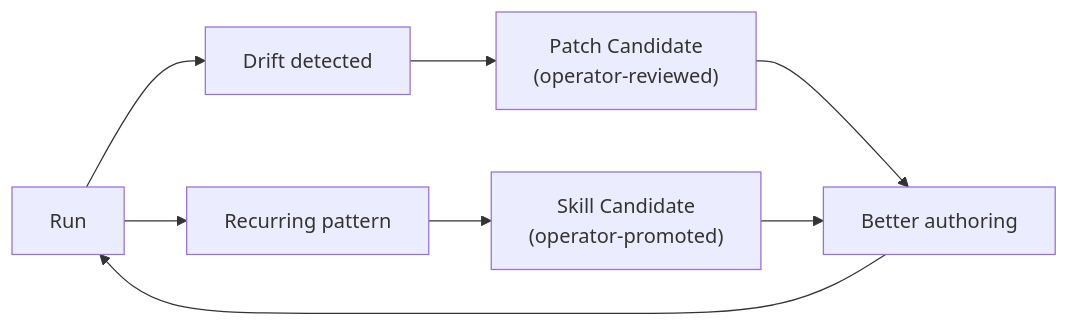
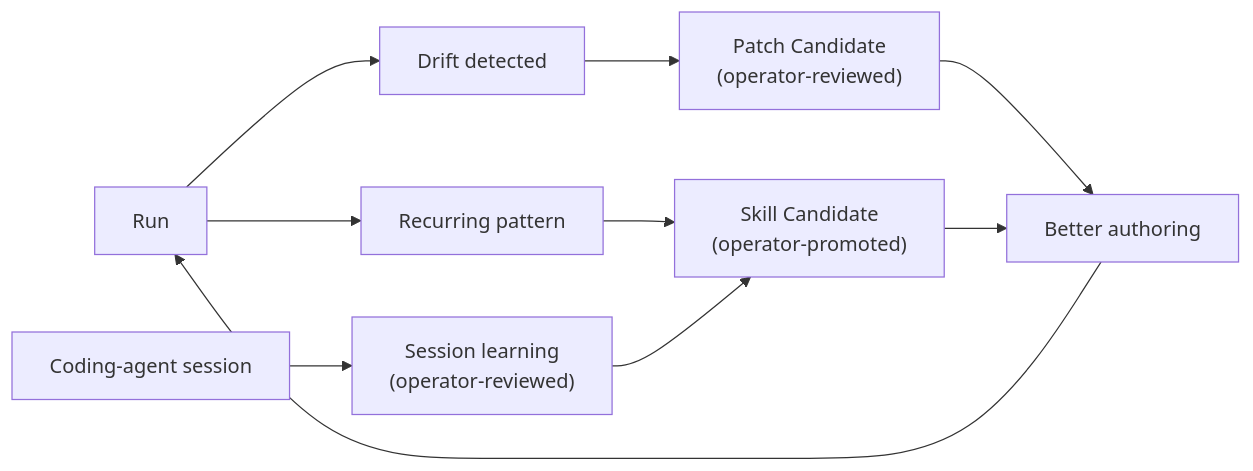
The second of 2 diagrams in docs/concepts/knowledge-and-skills.md (MikeBild/subkit), drawn with Mermaid before and after one commit. The commit also changed other lines of this file and 40 other files, not shown here.

````diff
--- a/docs/concepts/knowledge-and-skills.md
+++ b/docs/concepts/knowledge-and-skills.md
@@ -120,10 +120,12 @@
 ```mermaid
 flowchart LR
     Run["Run"] --> Drift["Drift detected"]
     Drift --> Patch["Patch Candidate<br/>(operator-reviewed)"]
     Run --> Pattern["Recurring pattern"]
     Pattern --> SkillC["Skill Candidate<br/>(operator-promoted)"]
+    Session["Coding-agent session"] --> Learning["Session learning<br/>(operator-reviewed)"]
+    Learning --> SkillC
     Patch --> Author["Better authoring"]
     SkillC --> Author
     Author --> Run
 ```
````
